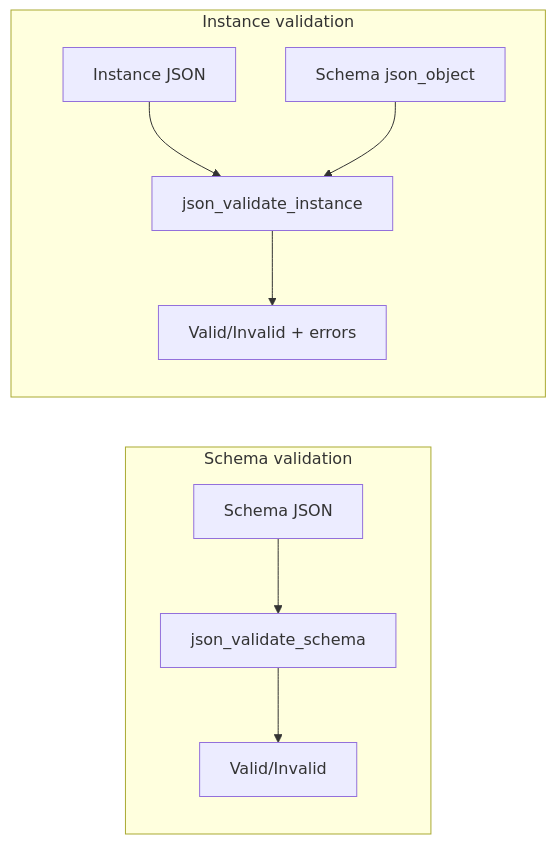
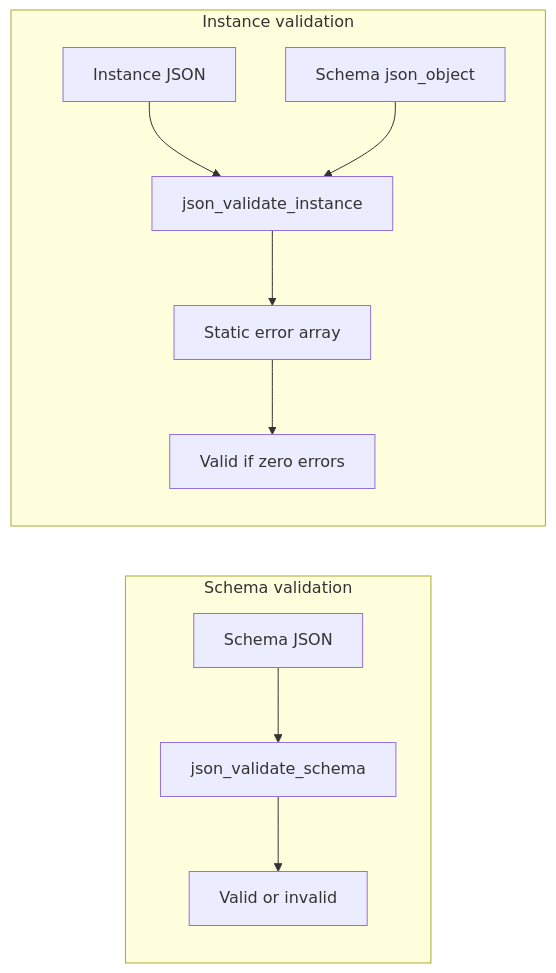
One commit to goddtriffin/json-schema-rs changed the first of 2 diagrams in research/reports/c/helmut-jacob-jsonschema-c.md. Above: the diagram before and after it, drawn with Mermaid. The commit also changed other lines of this file and 51 other files, not shown here.

````diff
--- a/research/reports/c/helmut-jacob-jsonschema-c.md
+++ b/research/reports/c/helmut-jacob-jsonschema-c.md
@@ -72,19 +75,21 @@
 ```mermaid
 flowchart LR
   subgraph schemaPath [Schema validation]
     SchemaFile[Schema JSON]
     SchemaValidator[json_validate_schema]
-    ValidSchema[Valid/Invalid]
+    ValidSchema[Valid or invalid]
     SchemaFile --> SchemaValidator
     SchemaValidator --> ValidSchema
   end
   subgraph instancePath [Instance validation]
     InstanceFile[Instance JSON]
     SchemaObj[Schema json_object]
     InstanceValidator[json_validate_instance]
-    ValidInstance[Valid/Invalid + errors]
+    ErrorList[Static error array]
+    Result[Valid if zero errors]
     InstanceFile --> InstanceValidator
     SchemaObj --> InstanceValidator
-    InstanceValidator --> ValidInstance
+    InstanceValidator --> ErrorList
+    ErrorList --> Result
   end
 ```
````
